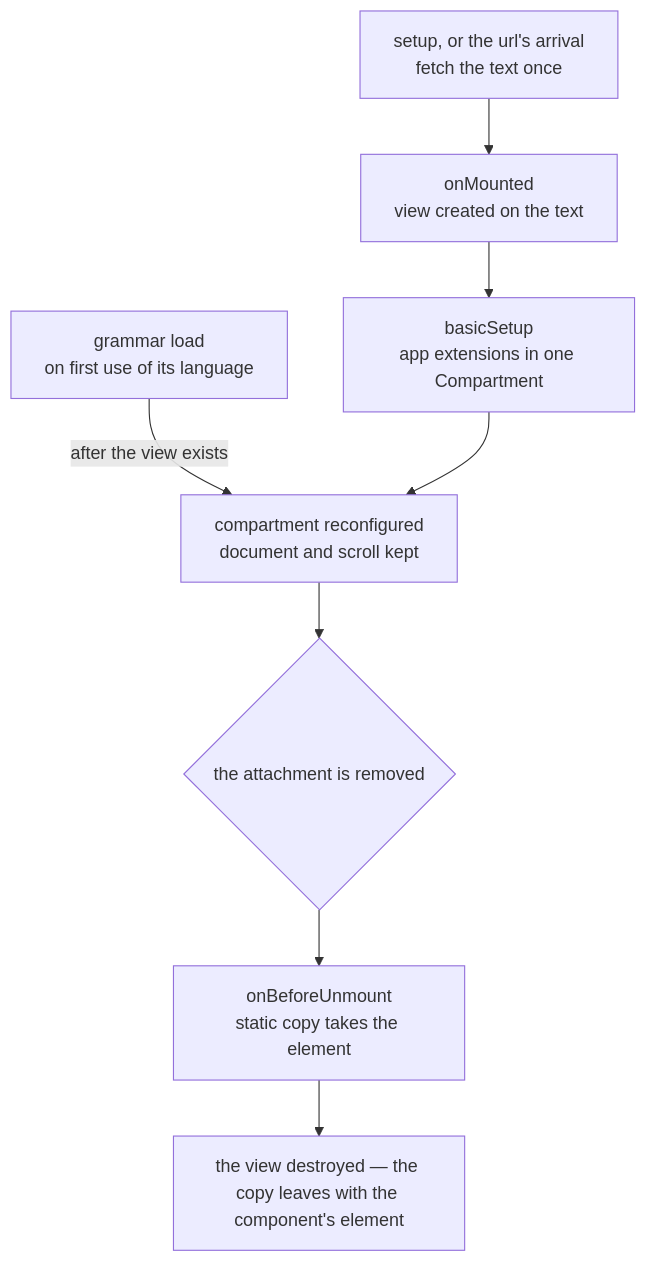
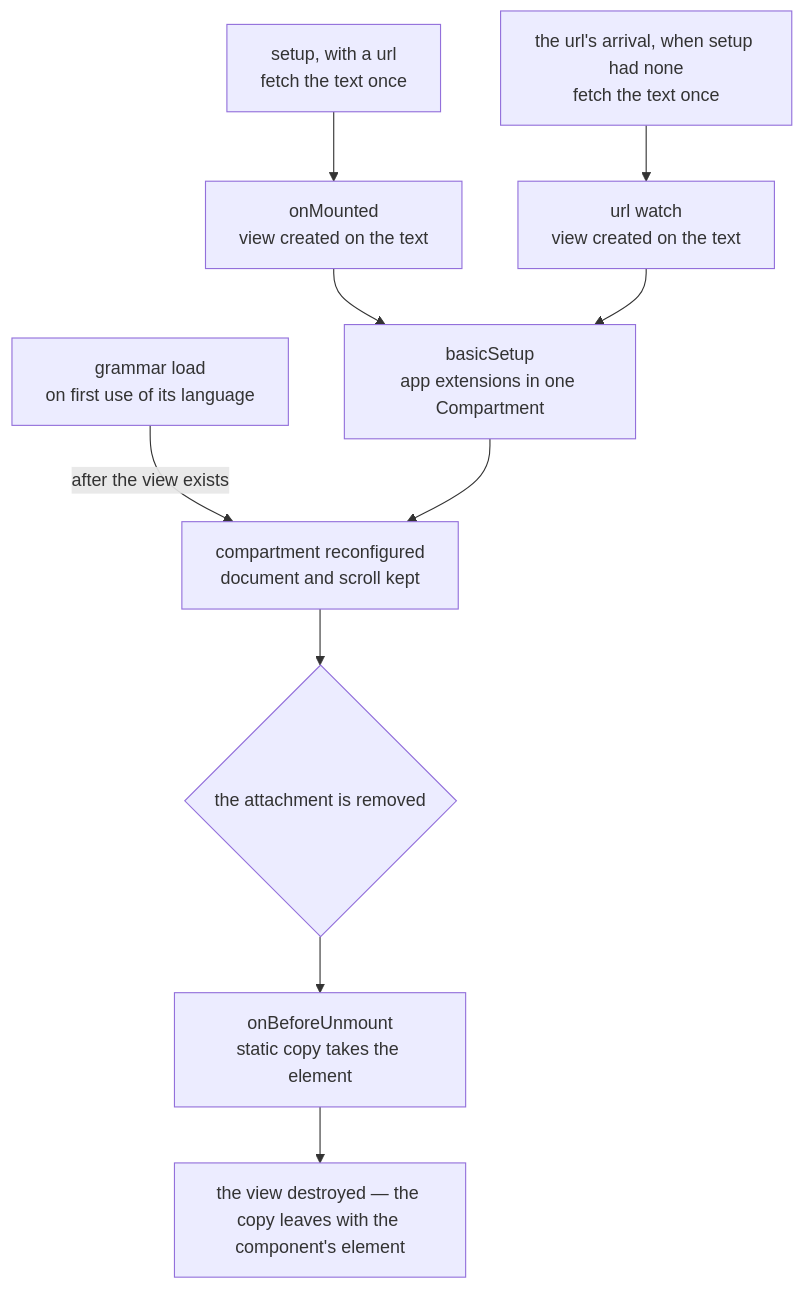
Before and after one commit to Esposter/Esposter: the diagram in openspec/specs/esbabbler/code-viewer/design.md, drawn with Mermaid. The commit also changed 9 other files, not shown here.

````diff
--- a/openspec/specs/esbabbler/code-viewer/design.md
+++ b/openspec/specs/esbabbler/code-viewer/design.md
@@ -7,10 +7,12 @@
 ```mermaid
 flowchart TD
-  F["setup, or the url's arrival<br/>fetch the text once"] --> M["onMounted<br/>view created on the text"]
+  F["setup, with a url<br/>fetch the text once"] --> M["onMounted<br/>view created on the text"]
+  A["the url's arrival, when setup had none<br/>fetch the text once"] --> W["url watch<br/>view created on the text"]
   M --> C["basicSetup<br/>app extensions in one Compartment"]
+  W --> C
   G["grammar load<br/>on first use of its language"] -->|"after the view exists"| R["compartment reconfigured<br/>document and scroll kept"]
   C --> R
   R --> U{"the attachment is removed"}
   U --> S["onBeforeUnmount<br/>static copy takes the element"]
   S --> D["the view destroyed — the copy leaves with the component's element"]
 ```
````
